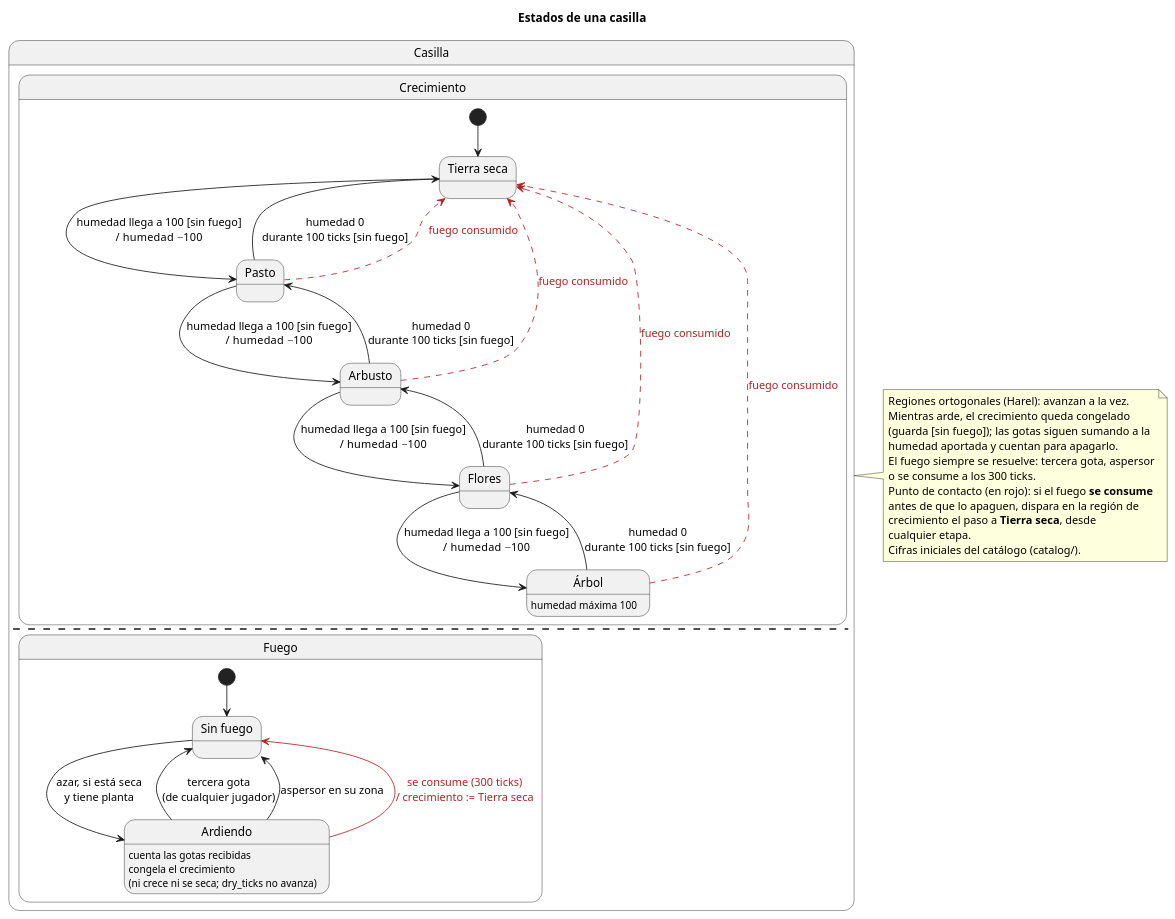
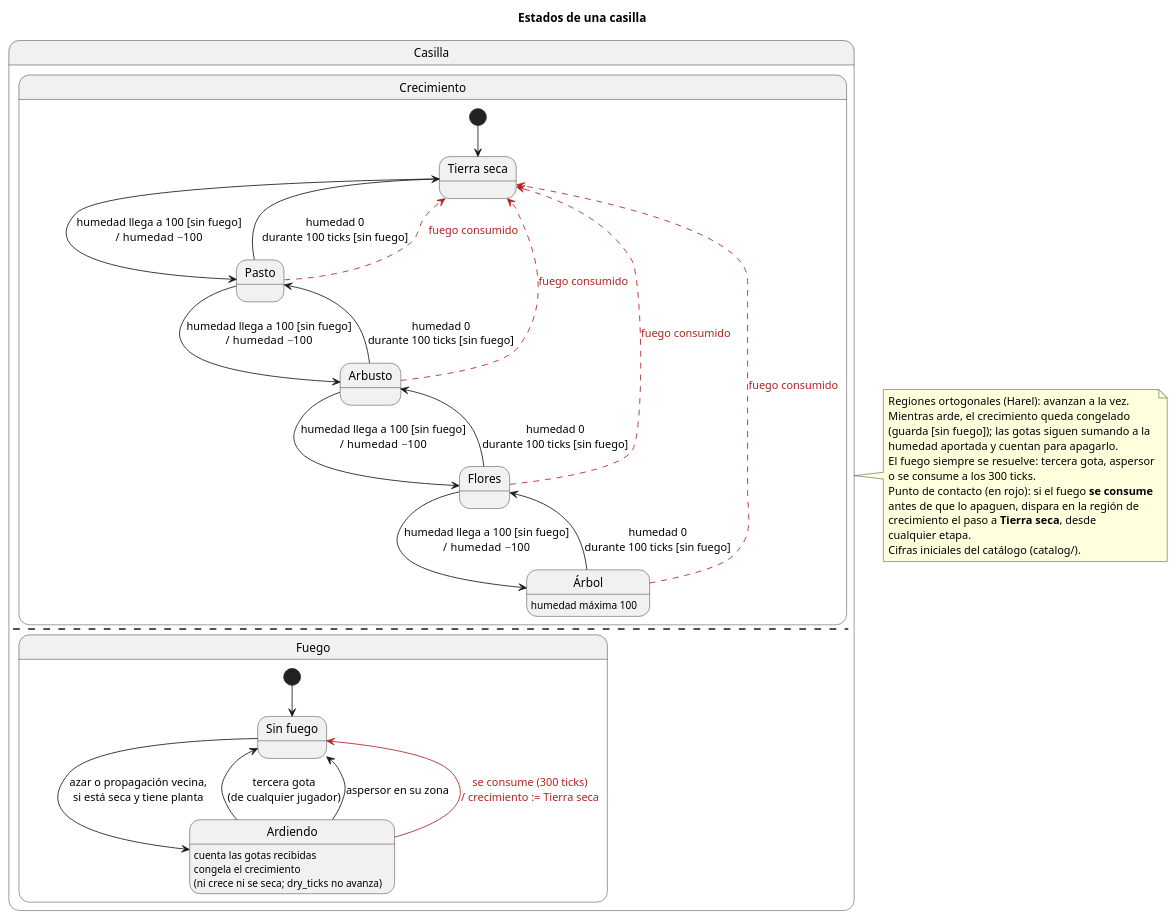
The diagram in docs/diagrams/05-estados-casilla.puml (iadev2005/hydrovalley), drawn with PlantUML before and after one commit.

Commit message:
docs(diagrams): show the neighbour spread as a way to ignite in the tile states

```diff
--- a/docs/diagrams/05-estados-casilla.puml
+++ b/docs/diagrams/05-estados-casilla.puml
@@ -1,56 +1,56 @@
 @startuml 05-estados-casilla
 title Estados de una casilla
 
 state Casilla {
   state "Crecimiento" as Crecimiento {
     state "Tierra seca" as Seca
     state "Pasto" as Pasto
     state "Arbusto" as Arbusto
     state "Flores" as Flores
     state "Árbol" as Arbol
     Arbol : humedad máxima 100
 
     [*] --> Seca
     Seca --> Pasto : humedad llega a 100 [sin fuego]\n/ humedad −100
     Pasto --> Arbusto : humedad llega a 100 [sin fuego]\n/ humedad −100
     Arbusto --> Flores : humedad llega a 100 [sin fuego]\n/ humedad −100
     Flores --> Arbol : humedad llega a 100 [sin fuego]\n/ humedad −100
     Arbol --> Flores : humedad 0\ndurante 100 ticks [sin fuego]
     Flores --> Arbusto : humedad 0\ndurante 100 ticks [sin fuego]
     Arbusto --> Pasto : humedad 0\ndurante 100 ticks [sin fuego]
     Pasto --> Seca : humedad 0\ndurante 100 ticks [sin fuego]
     Pasto -[#B22222,dashed]-> Seca : <color:#B22222>fuego consumido</color>
     Arbusto -[#B22222,dashed]-> Seca : <color:#B22222>fuego consumido</color>
     Flores -[#B22222,dashed]-> Seca : <color:#B22222>fuego consumido</color>
     Arbol -[#B22222,dashed]-> Seca : <color:#B22222>fuego consumido</color>
   }
   --
   state "Fuego" as Fuego {
     state "Sin fuego" as SinFuego
     state "Ardiendo" as Ardiendo
     Ardiendo : cuenta las gotas recibidas
     Ardiendo : congela el crecimiento\n(ni crece ni se seca; dry_ticks no avanza)
 
     [*] --> SinFuego
-    SinFuego --> Ardiendo : azar, si está seca\ny tiene planta
+    SinFuego --> Ardiendo : azar o propagación vecina,\nsi está seca y tiene planta
     Ardiendo --> SinFuego : tercera gota\n(de cualquier jugador)
     Ardiendo --> SinFuego : aspersor en su zona
     Ardiendo -[#B22222]-> SinFuego : <color:#B22222>se consume (300 ticks)</color>\n<color:#B22222>/ crecimiento := Tierra seca</color>
   }
 }
 
 note right of Casilla
   Regiones ortogonales (Harel): avanzan a la vez.
   Mientras arde, el crecimiento queda congelado
   (guarda [sin fuego]); las gotas siguen sumando a la
   humedad aportada y cuentan para apagarlo.
   El fuego siempre se resuelve: tercera gota, aspersor
   o se consume a los 300 ticks.
   Punto de contacto (en rojo): si el fuego <b>se consume</b>
   antes de que lo apaguen, dispara en la región de
   crecimiento el paso a <b>Tierra seca</b>, desde
   cualquier etapa.
   Cifras iniciales del catálogo (catalog/).
 end note
 
 @enduml
```
